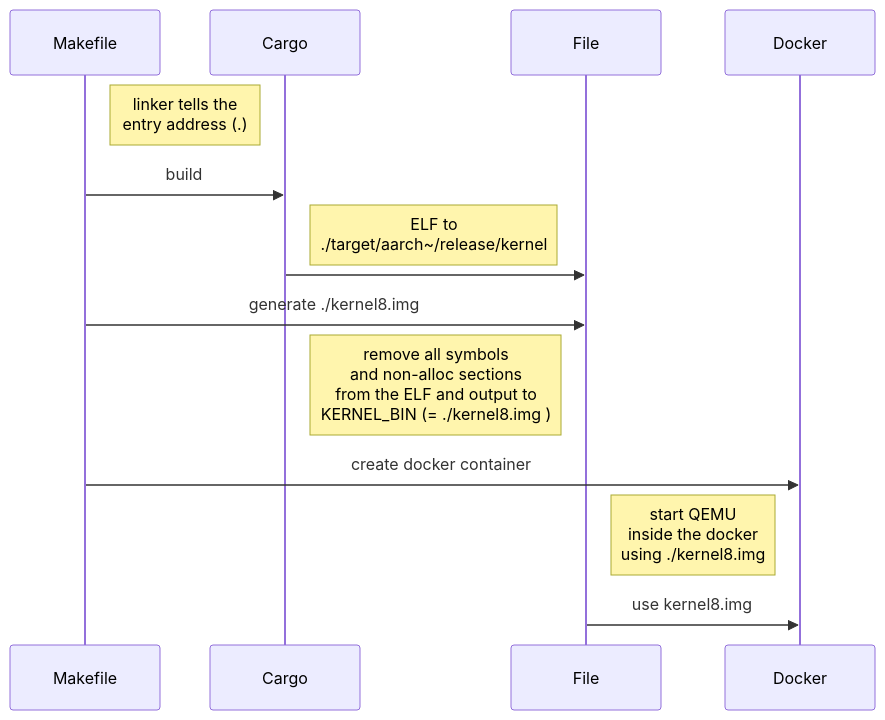
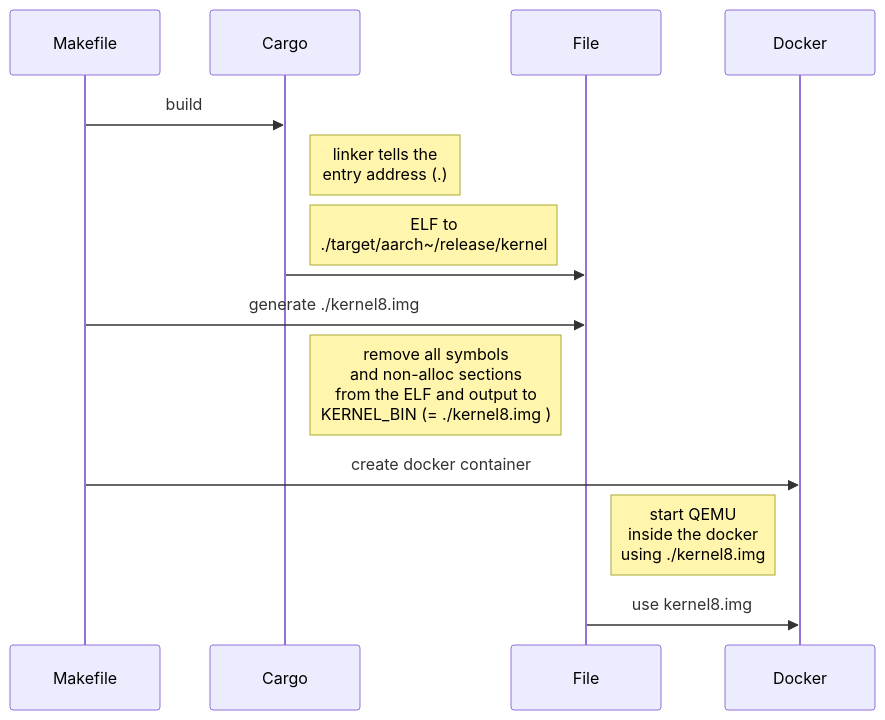
One commit to Momijiichigo/learn-raspberry-pi-os-rust changed the first of 2 diagrams in memo/Memo.md. Above: the diagram before and after it, drawn with Mermaid.

Commit message:
fix memo diagram

````diff
--- a/memo/Memo.md
+++ b/memo/Memo.md
@@ -31,12 +31,13 @@
 ```mermaid
 sequenceDiagram 
-Note right of Makefile: linker tells the <br> entry address (.) 
+
 Makefile ->> Cargo: build
+Note right of Cargo: linker tells the <br> entry address (.) 
 Note right of Cargo: ELF to <br>./target/aarch~/release/kernel
 Cargo ->> File: 
 Makefile ->> File: generate ./kernel8.img
 Note right of Cargo: remove all symbols <br> and non-alloc sections <br> from the ELF and output to <br> KERNEL_BIN (= ./kernel8.img )
 Makefile ->> Docker: create docker container
 Note left of Docker: start QEMU <br>inside the docker <br> using ./kernel8.img
 File ->> Docker: use kernel8.img
 ```
````
